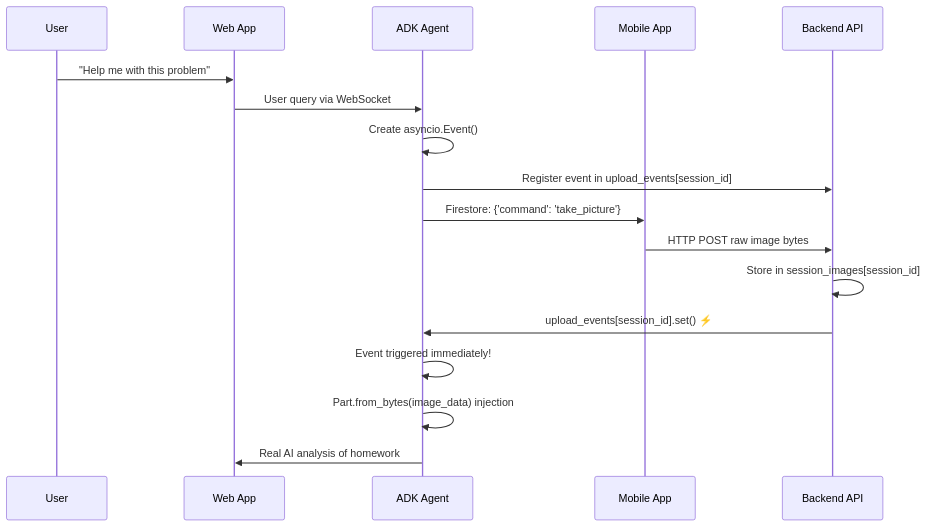
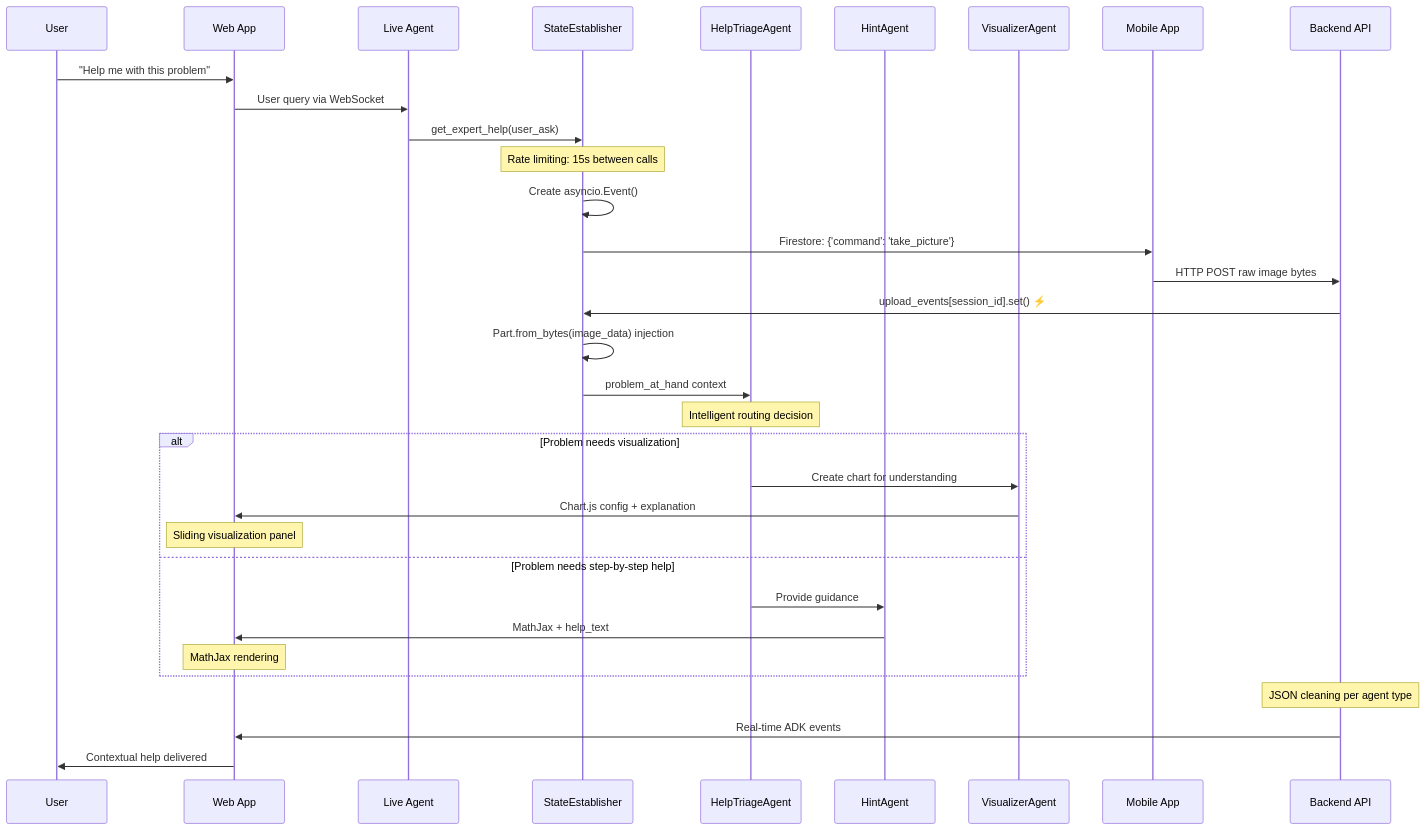
Before and after one commit to kenleejr/hw-buddy: the diagram in backend/README_LIVE.md, drawn with Mermaid. The commit also changed other lines of this file and 1 other file, not shown here.

````diff
--- a/backend/README_LIVE.md
+++ b/backend/README_LIVE.md
@@ -118,20 +136,39 @@
 ```mermaid
 sequenceDiagram
     participant User
     participant Web as Web App
-    participant ADK as ADK Agent
+    participant Live as Live Agent
+    participant State as StateEstablisher
+    participant Triage as HelpTriageAgent
+    participant Hint as HintAgent
+    participant Viz as VisualizerAgent
     participant Mobile as Mobile App
     participant Backend as Backend API
 
     User->>Web: "Help me with this problem"
-    Web->>ADK: User query via WebSocket
-    ADK->>ADK: Create asyncio.Event()
-    ADK->>Backend: Register event in upload_events[session_id]
-    ADK->>Mobile: Firestore: {'command': 'take_picture'}
+    Web->>Live: User query via WebSocket
+    Live->>State: get_expert_help(user_ask)
+    
+    Note over State: Rate limiting: 15s between calls
+    State->>State: Create asyncio.Event()
+    State->>Mobile: Firestore: {'command': 'take_picture'}
     Mobile->>Backend: HTTP POST raw image bytes
-    Backend->>Backend: Store in session_images[session_id]
-    Backend->>ADK: upload_events[session_id].set() ⚡
-    ADK->>ADK: Event triggered immediately!
-    ADK->>ADK: Part.from_bytes(image_data) injection
-    ADK->>Web: Real AI analysis of homework
+    Backend->>State: upload_events[session_id].set() ⚡
+    State->>State: Part.from_bytes(image_data) injection
+    State->>Triage: problem_at_hand context
+    
+    Note over Triage: Intelligent routing decision
+    alt Problem needs visualization
+        Triage->>Viz: Create chart for understanding
+        Viz->>Web: Chart.js config + explanation
+        Note over Web: Sliding visualization panel
+    else Problem needs step-by-step help
+        Triage->>Hint: Provide guidance
+        Hint->>Web: MathJax + help_text
+        Note over Web: MathJax rendering
+    end
+    
+    Note over Backend: JSON cleaning per agent type
+    Backend->>Web: Real-time ADK events
+    Web->>User: Contextual help delivered
 ```
````
